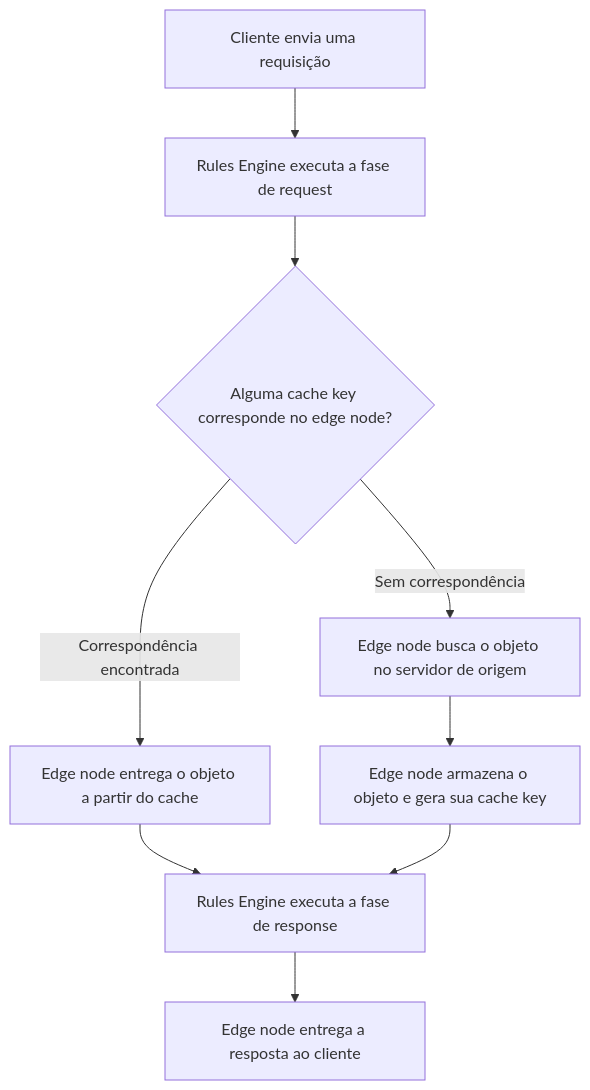
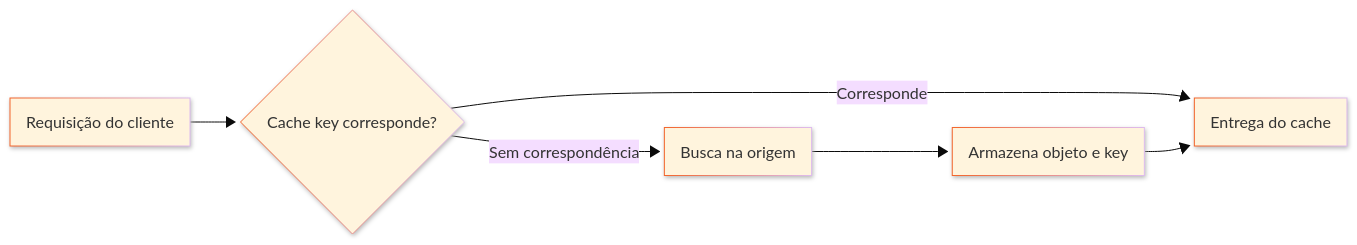
Before and after one commit to souzavinny/azion-docs: the first of 2 diagrams in src/content/docs/pt-br/pages/menu-principal/referencia/build/edge-application/cache-how-it-works.mdx, drawn with Mermaid. The commit also changed other lines of this file and 2 other files, not shown here.

Commit message:
fix(mermaid): fix raw theme

````diff
--- a/src/content/docs/pt-br/pages/menu-principal/referencia/build/edge-application/cache-how-it-works.mdx
+++ b/src/content/docs/pt-br/pages/menu-principal/referencia/build/edge-application/cache-how-it-works.mdx
@@ -22,11 +22,9 @@
 ```mermaid
-flowchart TD
-  A[Cliente envia uma requisição] --> B[Rules Engine executa a fase de request]
-  B --> C{Alguma cache key corresponde no edge node?}
-  C -- Correspondência encontrada --> D[Edge node entrega o objeto a partir do cache]
-  C -- Sem correspondência --> E[Edge node busca o objeto no servidor de origem]
-  E --> F[Edge node armazena o objeto e gera sua cache key]
-  D --> G[Rules Engine executa a fase de response]
-  F --> G
-  G --> H[Edge node entrega a resposta ao cliente]
+%%{init: {'look':'neo','theme':'base','themeVariables':{'primaryBorderColor':'#F3652B'}}}%%
+flowchart LR
+  A[Requisição do cliente] --> B{Cache key corresponde?}
+  B -- Corresponde --> C[Entrega do cache]
+  B -- Sem correspondência --> D[Busca na origem]
+  D --> E[Armazena objeto e key]
+  E --> C
 ```
````
